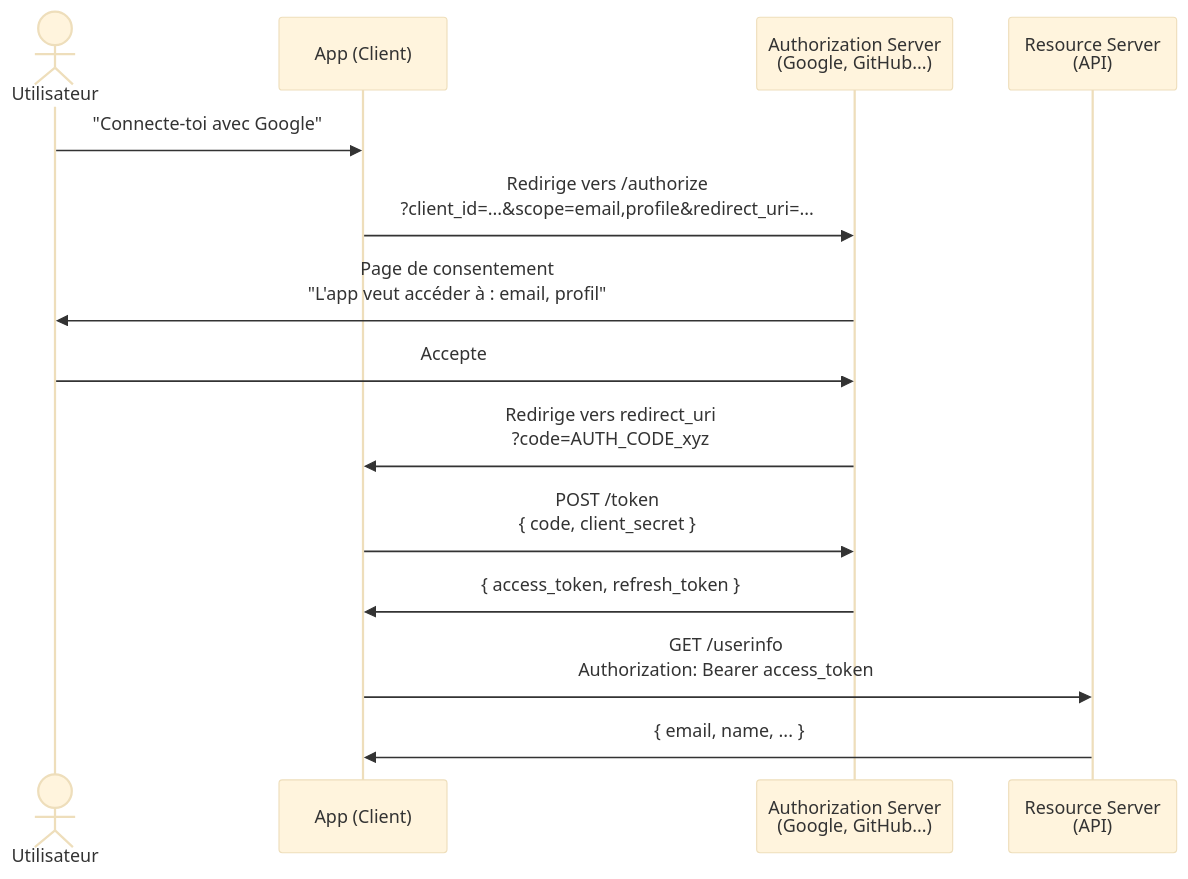
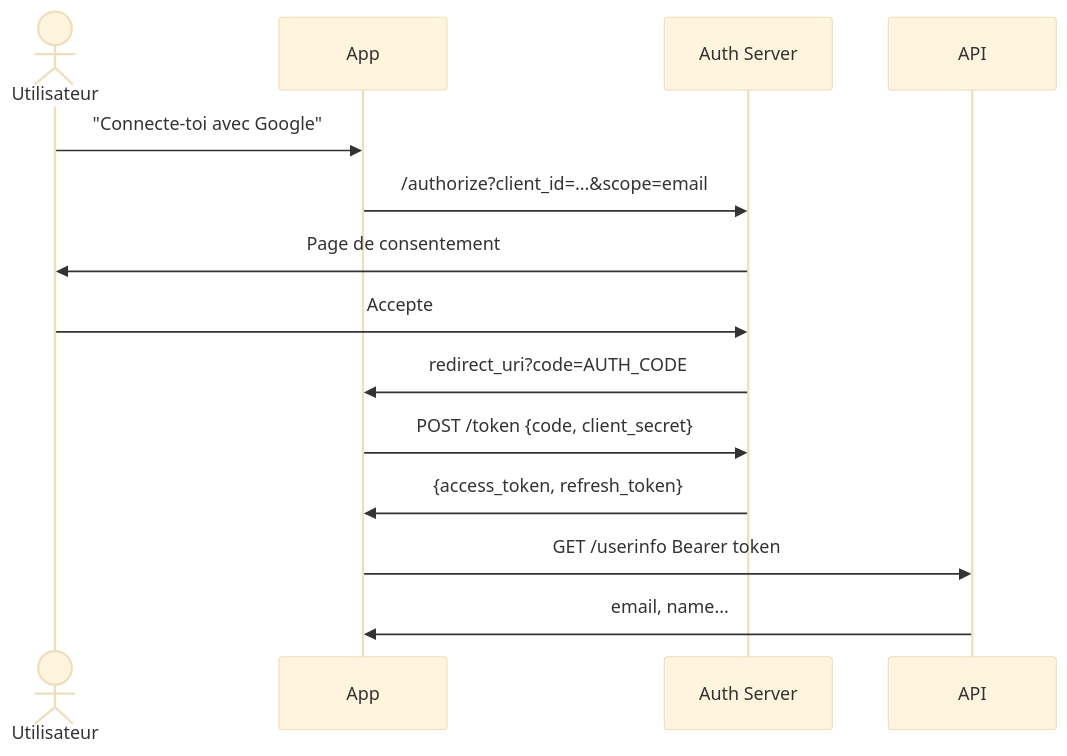
The third of 3 diagrams in decks/api/slides.md (maxime-lenne/slidev-courses), drawn with Mermaid (base theme) before and after one commit. The commit also changed other lines of this file and 61 other files, not shown here.

````diff
--- a/decks/api/slides.md
+++ b/decks/api/slides.md
@@ -1597,17 +1685,17 @@
 ```mermaid
 sequenceDiagram
     actor U as Utilisateur
-    participant A as App (Client)
-    participant AS as Authorization Server<br/>(Google, GitHub...)
-    participant RS as Resource Server<br/>(API)
+    participant A as App
+    participant AS as Auth Server
+    participant RS as API
 
     U->>A: "Connecte-toi avec Google"
-    A->>AS: Redirige vers /authorize<br/>?client_id=...&scope=email,profile&redirect_uri=...
-    AS->>U: Page de consentement<br/>"L'app veut accéder à : email, profil"
+    A->>AS: /authorize?client_id=...&scope=email
+    AS->>U: Page de consentement
     U->>AS: Accepte
-    AS->>A: Redirige vers redirect_uri<br/>?code=AUTH_CODE_xyz
-    A->>AS: POST /token<br/>{ code, client_secret }
-    AS->>A: { access_token, refresh_token }
-    A->>RS: GET /userinfo<br/>Authorization: Bearer access_token
-    RS->>A: { email, name, ... }
+    AS->>A: redirect_uri?code=AUTH_CODE
+    A->>AS: POST /token {code, client_secret}
+    AS->>A: {access_token, refresh_token}
+    A->>RS: GET /userinfo Bearer token
+    RS->>A: email, name...
 ```
````
